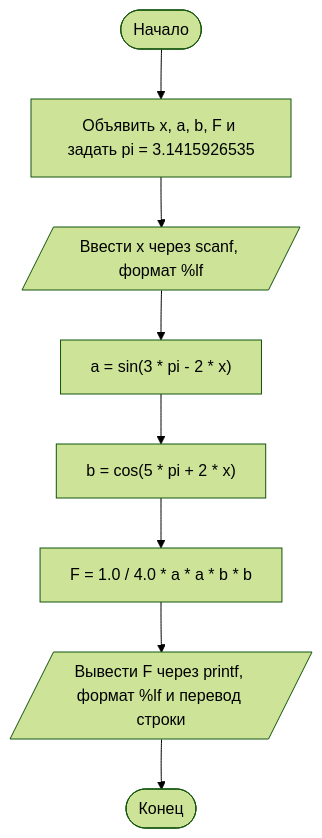
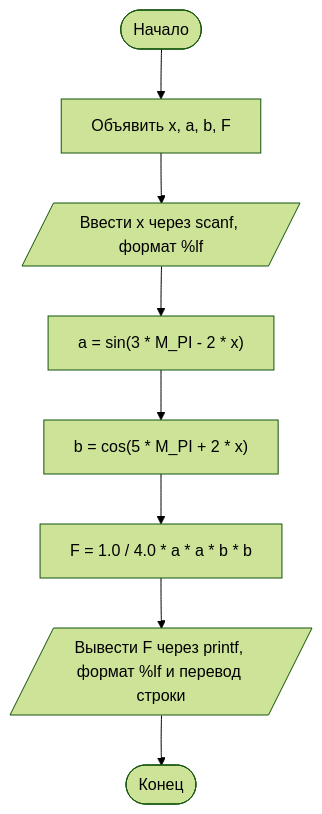
The diagram in README.md (Lendic42/homework5), drawn with Mermaid (forest theme) before and after one commit.

````diff
--- a/README.md
+++ b/README.md
@@ -1,10 +1,10 @@
 ```mermaid
 flowchart TD
-    A([Начало]) --> B[Объявить x, a, b, F и задать pi = 3.1415926535]
+    A([Начало]) --> B[Объявить x, a, b, F]
     B --> C[/Ввести x через scanf, формат %lf/]
-    C --> D["a = sin(3 * pi - 2 * x)"]
-    D --> E["b = cos(5 * pi + 2 * x)"]
+    C --> D["a = sin(3 * M_PI - 2 * x)"]
+    D --> E["b = cos(5 * M_PI + 2 * x)"]
     E --> F["F = 1.0 / 4.0 * a * a * b * b"]
     F --> G[/Вывести F через printf, формат %lf и перевод строки/]
     G --> H([Конец])
 ```
````
